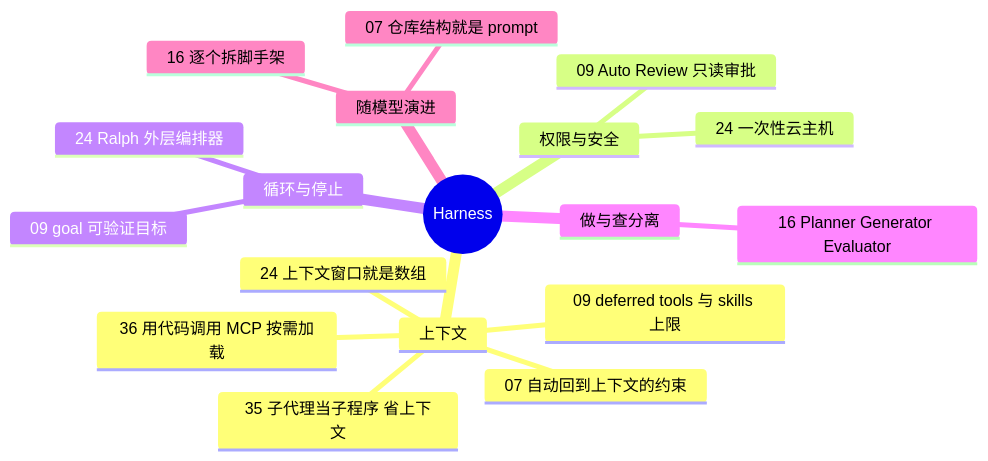
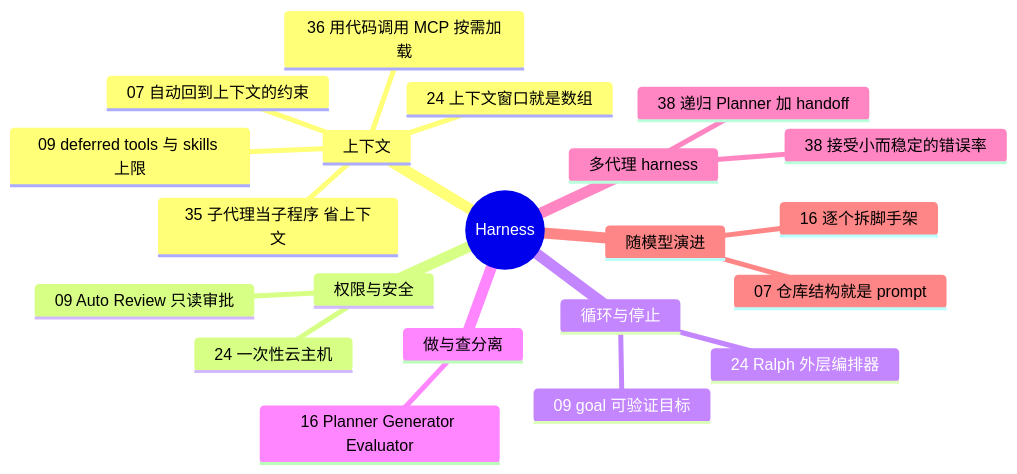
Before and after one commit to yzw7489757/ai-coding-videos: the diagram in docs/guide/harness.md, drawn with Mermaid. The commit also changed other lines of this file and 20 other files, not shown here.

````diff
--- a/docs/guide/harness.md
+++ b/docs/guide/harness.md
@@ -13,21 +13,24 @@
 ```mermaid
 mindmap
   root((Harness))
     上下文
       09 deferred tools 与 skills 上限
       24 上下文窗口就是数组
       07 自动回到上下文的约束
       35 子代理当子程序 省上下文
       36 用代码调用 MCP 按需加载
     权限与安全
       09 Auto Review 只读审批
       24 一次性云主机
     循环与停止
       09 goal 可验证目标
       24 Ralph 外层编排器
     做与查分离
       16 Planner Generator Evaluator
+    多代理 harness
+      38 递归 Planner 加 handoff
+      38 接受小而稳定的错误率
     随模型演进
       16 逐个拆脚手架
       07 仓库结构就是 prompt
 ```
````
